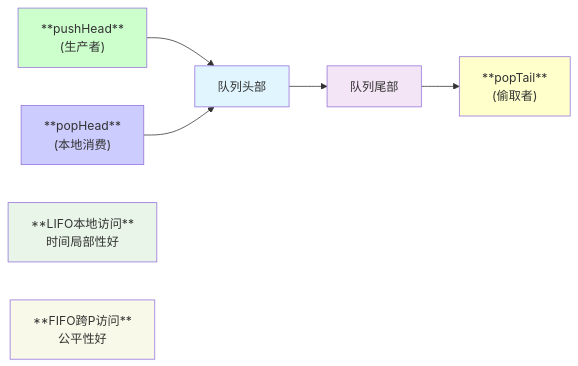
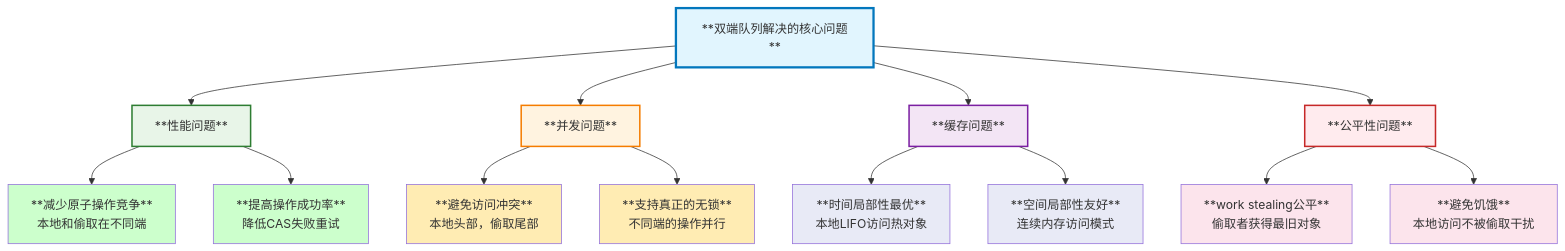
Diagram 13 of 17 in vdocs/sync_pool模块分析.md (victor1589007281/go), drawn with Mermaid before and after one commit. The commit also changed other lines of this file and 3 other files, not shown here.

````diff
--- a/vdocs/sync_pool模块分析.md
+++ b/vdocs/sync_pool模块分析.md
@@ -362,19 +612,33 @@
 ```mermaid
-graph LR
-    A["**pushHead**<br/>(生产者)"] --> B["队列头部"]
-    B --> C["队列尾部"] 
-    C --> D["**popTail**<br/>(偷取者)"]
+graph TB
+    A["**双端队列解决的核心问题**"] --> B["**性能问题**"]
+    A --> C["**并发问题**"]  
+    A --> D["**缓存问题**"]
+    A --> E["**公平性问题**"]
     
-    E["**popHead**<br/>(本地消费)"] --> B
+    B --> B1["**减少原子操作竞争**<br/>本地和偷取在不同端"]
+    B --> B2["**提高操作成功率**<br/>降低CAS失败重试"]
     
-    F["**LIFO本地访问**<br/>时间局部性好"]
-    G["**FIFO跨P访问**<br/>公平性好"]
+    C --> C1["**避免访问冲突**<br/>本地头部，偷取尾部"]
+    C --> C2["**支持真正的无锁**<br/>不同端的操作并行"]
     
-    style A fill:#ccffcc
-    style B fill:#e1f5fe
-    style C fill:#f3e5f5
-    style D fill:#ffffcc
-    style E fill:#ccccff
-    style F fill:#e8f5e8
-    style G fill:#f9f9e9
+    D --> D1["**时间局部性最优**<br/>本地LIFO访问热对象"]  
+    D --> D2["**空间局部性友好**<br/>连续内存访问模式"]
+    
+    E --> E1["**work stealing公平**<br/>偷取者获得最旧对象"]
+    E --> E2["**避免饥饿**<br/>本地访问不被偷取干扰"]
+    
+    style A fill:#e1f5fe,stroke:#0277bd,stroke-width:3px
+    style B fill:#e8f5e8,stroke:#2e7d32,stroke-width:2px
+    style C fill:#fff3e0,stroke:#f57c00,stroke-width:2px
+    style D fill:#f3e5f5,stroke:#7b1fa2,stroke-width:2px
+    style E fill:#ffebee,stroke:#c62828,stroke-width:2px
+    style B1 fill:#ccffcc
+    style B2 fill:#ccffcc
+    style C1 fill:#ffecb3
+    style C2 fill:#ffecb3
+    style D1 fill:#e8eaf6
+    style D2 fill:#e8eaf6
+    style E1 fill:#fce4ec
+    style E2 fill:#fce4ec
 ```
````
